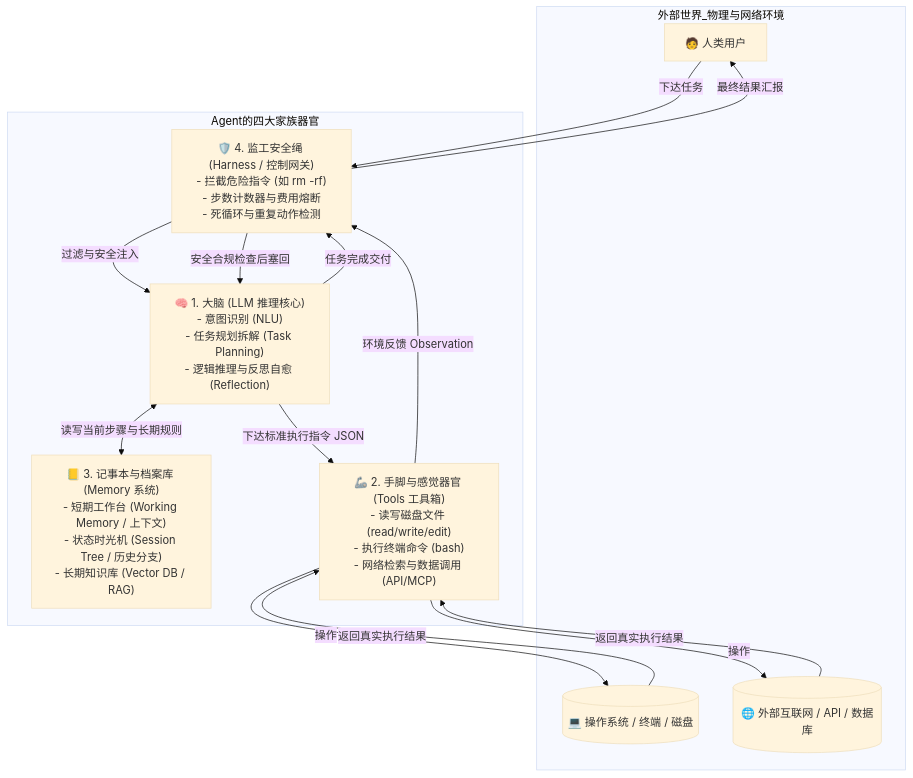
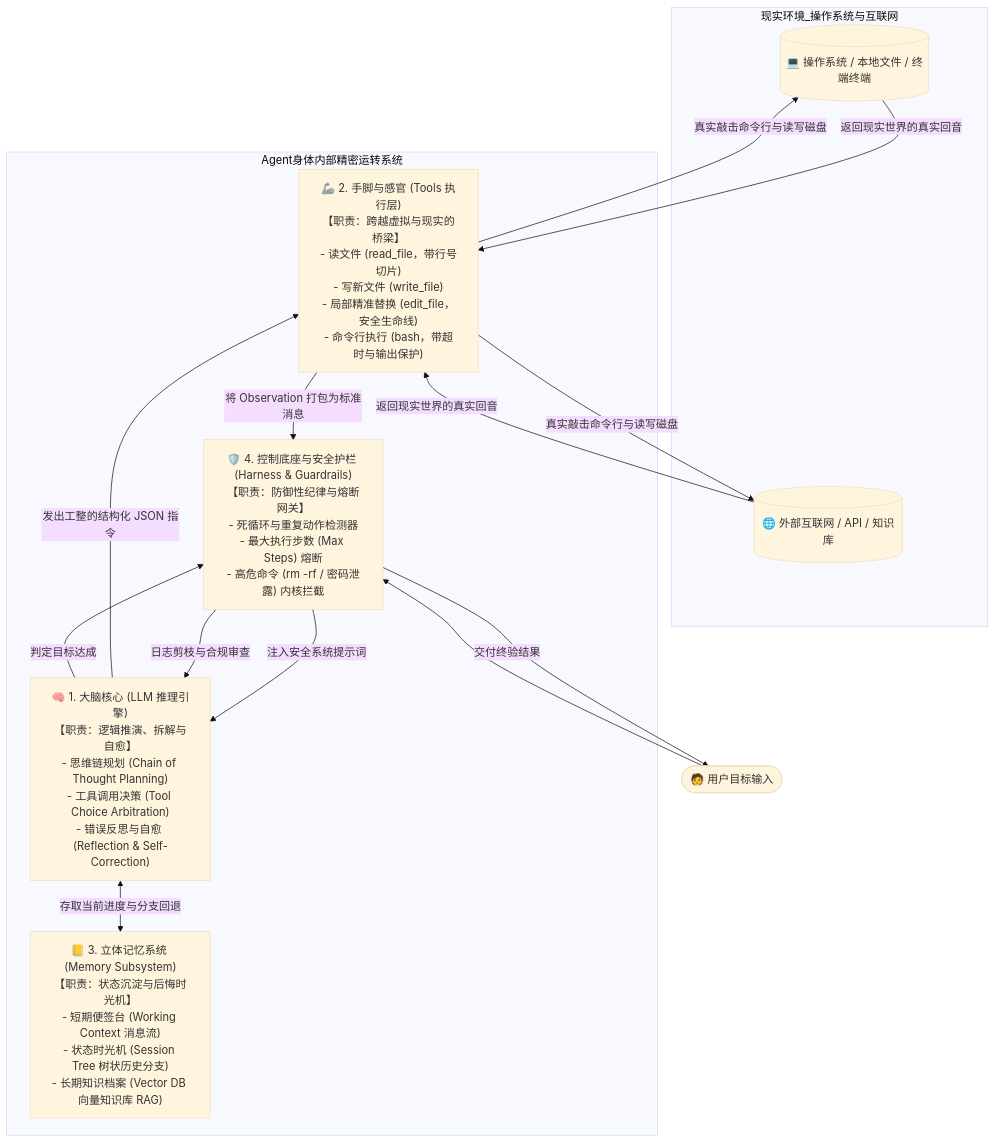
One commit to heycalvin/AiAgentLearn changed the second of 2 diagrams in notes/01-concepts/02-four-components.md. Above: the diagram before and after it, drawn with Mermaid (base theme). The commit also changed other lines of this file and 2 other files, not shown here.

````diff
--- a/notes/01-concepts/02-four-components.md
+++ b/notes/01-concepts/02-four-components.md
@@ -12,29 +96,28 @@
 ```mermaid
 flowchart TD
-    subgraph 外部世界_物理与网络环境
-        User[🧑 人类用户]
-        OS[(💻 操作系统 / 终端 / 磁盘)]
-        Web[(🌐 外部互联网 / API / 数据库)]
+    subgraph 现实环境_操作系统与互联网
+        OS[(💻 操作系统 / 本地文件 / 终端终端)]
+        Web[(🌐 外部互联网 / API / 知识库)]
     end
 
-    subgraph Agent的四大家族器官
-        Harness["🛡️ 4. 监工安全绳 (Harness / 控制网关)<br/>- 拦截危险指令 (如 rm -rf)<br/>- 步数计数器与费用熔断<br/>- 死循环与重复动作检测"]
-        
-        Brain["🧠 1. 大脑 (LLM 推理核心)<br/>- 意图识别 (NLU)<br/>- 任务规划拆解 (Task Planning)<br/>- 逻辑推理与反思自愈 (Reflection)"]
-        
-        Memory["📒 3. 记事本与档案库 (Memory 系统)<br/>- 短期工作台 (Working Memory / 上下文)<br/>- 状态时光机 (Session Tree / 历史分支)<br/>- 长期知识库 (Vector DB / RAG)"]
-        
-        Tools["🦾 2. 手脚与感觉器官 (Tools 工具箱)<br/>- 读写磁盘文件 (read/write/edit)<br/>- 执行终端命令 (bash)<br/>- 网络检索与数据调用 (API/MCP)"]
+    subgraph Agent身体内部精密运转系统
+        Harness["🛡️ 4. 控制底座与安全护栏 (Harness & Guardrails)<br/>【职责：防御性纪律与熔断网关】<br/>- 死循环与重复动作检测器<br/>- 最大执行步数 (Max Steps) 熔断<br/>- 高危命令 (rm -rf / 密码泄露) 内核拦截"]
+
+        Brain["🧠 1. 大脑核心 (LLM 推理引擎)<br/>【职责：逻辑推演、拆解与自愈】<br/>- 思维链规划 (Chain of Thought Planning)<br/>- 工具调用决策 (Tool Choice Arbitration)<br/>- 错误反思与自愈 (Reflection & Self-Correction)"]
+
+        Memory["📒 3. 立体记忆系统 (Memory Subsystem)<br/>【职责：状态沉淀与后悔时光机】<br/>- 短期便签台 (Working Context 消息流)<br/>- 状态时光机 (Session Tree 树状历史分支)<br/>- 长期知识档案 (Vector DB 向量知识库 RAG)"]
+
+        Tools["🦾 2. 手脚与感官 (Tools 执行层)<br/>【职责：跨越虚拟与现实的桥梁】<br/>- 读文件 (read_file，带行号切片)<br/>- 写新文件 (write_file)<br/>- 局部精准替换 (edit_file，安全生命线)<br/>- 命令行执行 (bash，带超时与输出保护)"]
     end
 
-    User -->|下达任务| Harness
-    Harness -->|过滤与安全注入| Brain
-    Brain <-->|读写当前步骤与长期规则| Memory
-    Brain -->|下达标准执行指令 JSON| Tools
-    Tools -->|操作| OS & Web
-    OS & Web -->|返回真实执行结果| Tools
-    Tools -->|环境反馈 Observation| Harness
-    Harness -->|安全合规检查后塞回| Brain
-    Brain -->|任务完成交付| Harness
-    Harness -->|最终结果汇报| User
+    User([🧑 用户目标输入]) --> Harness
+    Harness -->|注入安全系统提示词| Brain
+    Brain <-->|存取当前进度与分支回退| Memory
+    Brain -->|发出工整的结构化 JSON 指令| Tools
+    Tools -->|真实敲击命令行与读写磁盘| OS & Web
+    OS & Web -->|返回现实世界的真实回音| Tools
+    Tools -->|将 Observation 打包为标准消息| Harness
+    Harness -->|日志剪枝与合规审查| Brain
+    Brain -->|判定目标达成| Harness
+    Harness -->|交付终验结果| User
 ```
````
